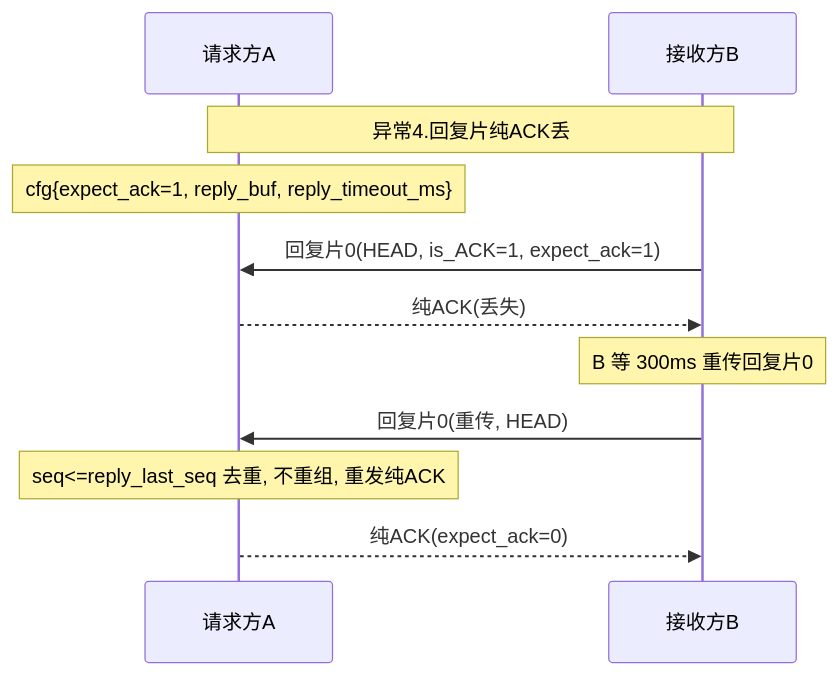
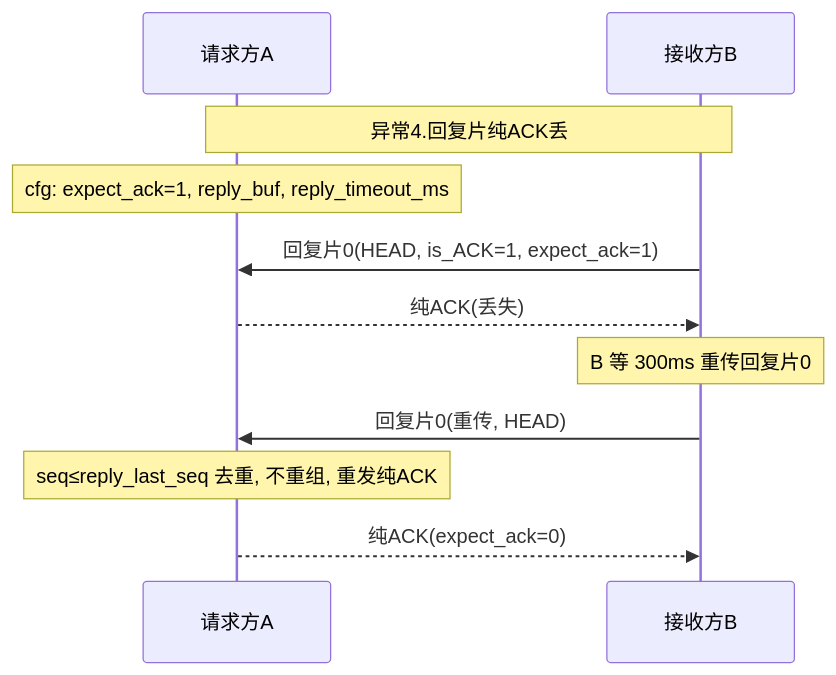
Before and after one commit to Siaiai/ObsidianNote: diagram 11 of 14 in 工作/项目/代码/260401S3分拣面板-SIA-R9000P.md, drawn with Mermaid. The commit also changed other lines of this file and 1 other file, not shown here.

````diff
--- a/工作/项目/代码/260401S3分拣面板-SIA-R9000P.md
+++ b/工作/项目/代码/260401S3分拣面板-SIA-R9000P.md
@@ -259,13 +258,13 @@
 ```mermaid
 sequenceDiagram
     participant A as 请求方A
     participant B as 接收方B
     Note over A,B: 异常4.回复片纯ACK丢
-    Note over A: cfg{expect_ack=1, reply_buf, reply_timeout_ms}
+    Note over A: cfg: expect_ack=1, reply_buf, reply_timeout_ms
     B->>A: 回复片0(HEAD, is_ACK=1, expect_ack=1)
     A-->>B: 纯ACK(丢失)
     Note over B: B 等 300ms 重传回复片0
     B->>A: 回复片0(重传, HEAD)
-    Note over A: seq<=reply_last_seq 去重, 不重组, 重发纯ACK
+    Note over A: seq≤reply_last_seq 去重, 不重组, 重发纯ACK
     A-->>B: 纯ACK(expect_ack=0)
 ```
````
